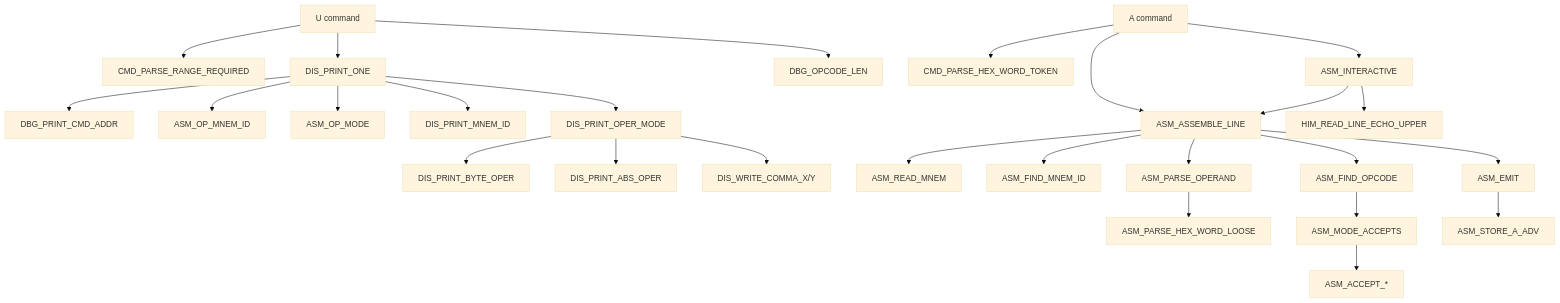
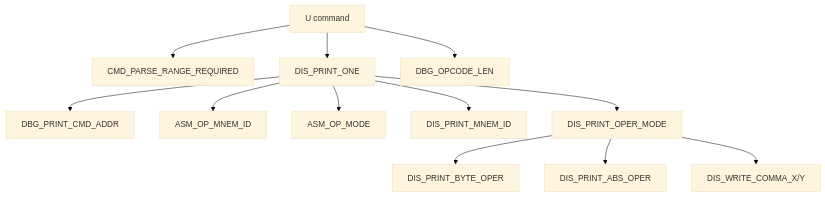
Before and after one commit to 95westus/R-YORS: the sixth of 7 diagrams in DOC/GUIDES/HIMON/HIMON_MAP.md, drawn with Mermaid (base theme). The commit also changed other lines of this file and 27 other files, not shown here.

````diff
--- a/DOC/GUIDES/HIMON/HIMON_MAP.md
+++ b/DOC/GUIDES/HIMON/HIMON_MAP.md
@@ -233,30 +230,14 @@
 ```mermaid
 flowchart TD
     CMD_U[U command] --> RANGE[CMD_PARSE_RANGE_REQUIRED]
     CMD_U --> ONE[DIS_PRINT_ONE]
     ONE --> ADDR[DBG_PRINT_CMD_ADDR]
     ONE --> MNEMID[ASM_OP_MNEM_ID]
     ONE --> MODE[ASM_OP_MODE]
     ONE --> PMNEM[DIS_PRINT_MNEM_ID]
     ONE --> POPER[DIS_PRINT_OPER_MODE]
     POPER --> BYTE[DIS_PRINT_BYTE_OPER]
     POPER --> ABS[DIS_PRINT_ABS_OPER]
     POPER --> SUFFIX[DIS_WRITE_COMMA_X/Y]
     CMD_U --> LEN[DBG_OPCODE_LEN]
-
-    CMD_A[A command] --> STARTADDR[CMD_PARSE_HEX_WORD_TOKEN]
-    CMD_A --> ONEASM[ASM_ASSEMBLE_LINE]
-    CMD_A --> INTERACTIVE[ASM_INTERACTIVE]
-    INTERACTIVE --> READ[HIM_READ_LINE_ECHO_UPPER]
-    INTERACTIVE --> ONEASM
-
-    ONEASM --> READMNEM[ASM_READ_MNEM]
-    ONEASM --> FINDMNEM[ASM_FIND_MNEM_ID]
-    ONEASM --> PARSEOP[ASM_PARSE_OPERAND]
-    ONEASM --> FINDOP[ASM_FIND_OPCODE]
-    ONEASM --> EMIT[ASM_EMIT]
-    PARSEOP --> PARSEHEX[ASM_PARSE_HEX_WORD_LOOSE]
-    FINDOP --> ACCEPT[ASM_MODE_ACCEPTS]
-    ACCEPT --> MODES[ASM_ACCEPT_*]
-    EMIT --> STORE[ASM_STORE_A_ADV]
 ```
````
